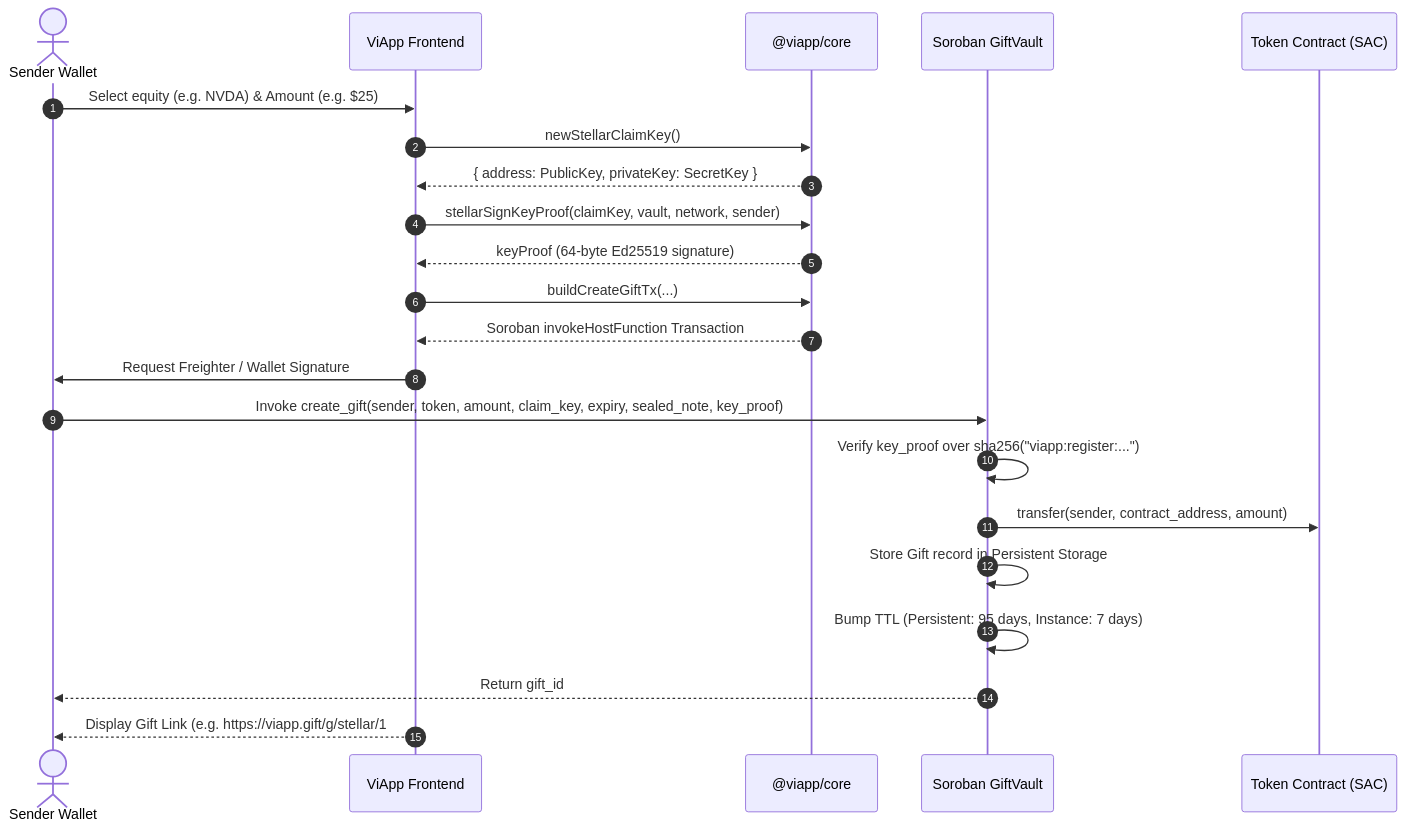
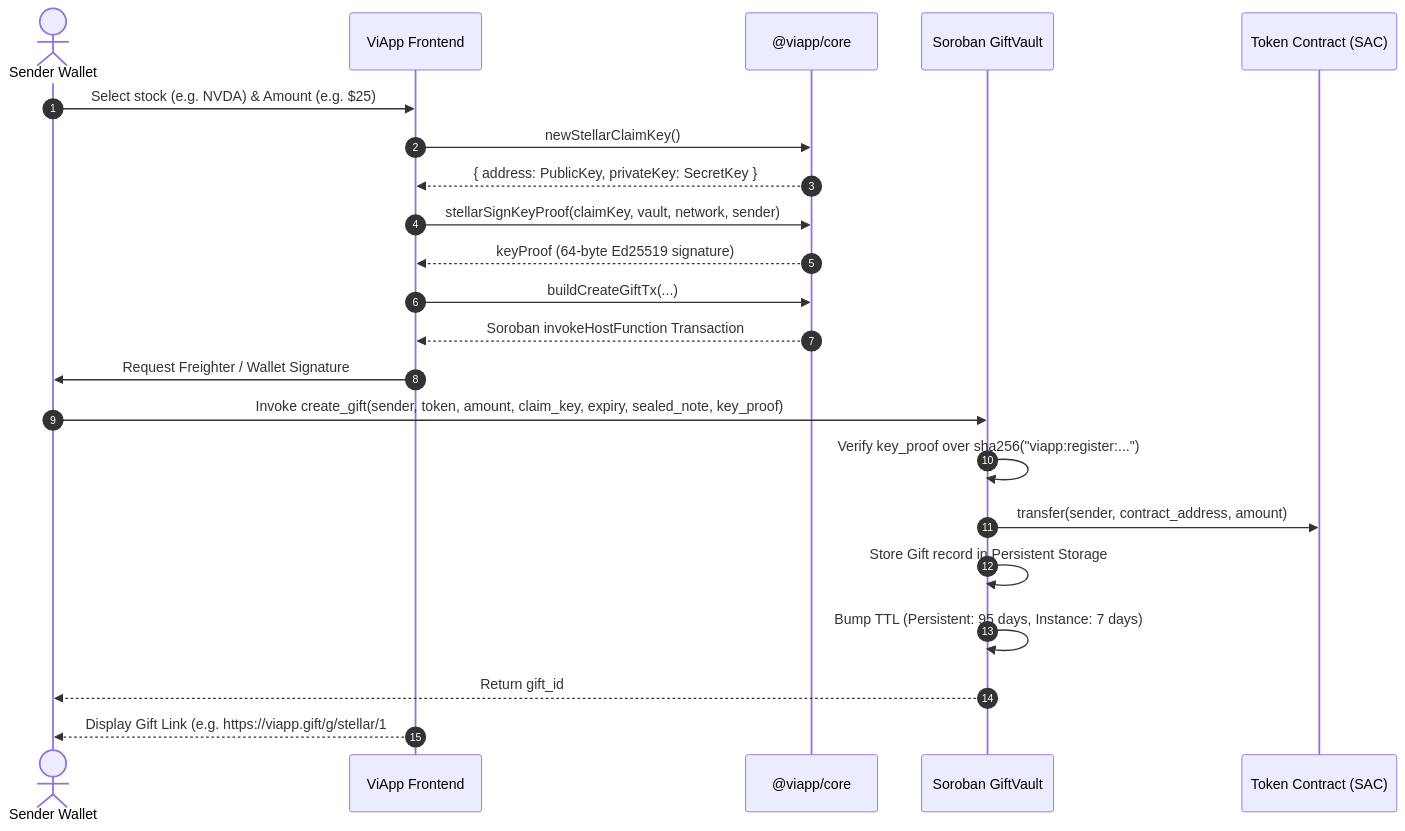
The second of 4 diagrams in docs/ARCHITECTURE.md (ibochivincent-lang/viapp), drawn with Mermaid before and after one commit. The commit also changed other lines of this file and 23 other files, not shown here.

````diff
--- a/docs/ARCHITECTURE.md
+++ b/docs/ARCHITECTURE.md
@@ -69,25 +69,25 @@
 ```mermaid
 sequenceDiagram
     autonumber
     actor Sender as Sender Wallet
     participant Web as ViApp Frontend
     participant Core as @viapp/core
     participant Vault as Soroban GiftVault
     participant SAC as Token Contract (SAC)
 
-    Sender->>Web: Select equity (e.g. NVDA) & Amount (e.g. $25)
+    Sender->>Web: Select stock (e.g. NVDA) & Amount (e.g. $25)
     Web->>Core: newStellarClaimKey()
     Core-->>Web: { address: PublicKey, privateKey: SecretKey }
     Web->>Core: stellarSignKeyProof(claimKey, vault, network, sender)
     Core-->>Web: keyProof (64-byte Ed25519 signature)
     Web->>Core: buildCreateGiftTx(...)
     Core-->>Web: Soroban invokeHostFunction Transaction
     Web->>Sender: Request Freighter / Wallet Signature
     Sender->>Vault: Invoke create_gift(sender, token, amount, claim_key, expiry, sealed_note, key_proof)
     Vault->>Vault: Verify key_proof over sha256("viapp:register:...")
     Vault->>SAC: transfer(sender, contract_address, amount)
     Vault->>Vault: Store Gift record in Persistent Storage
     Vault->>Vault: Bump TTL (Persistent: 95 days, Instance: 7 days)
     Vault-->>Sender: Return gift_id
     Web-->>Sender: Display Gift Link (e.g. https://viapp.gift/g/stellar/1#S...)
 ```
````
